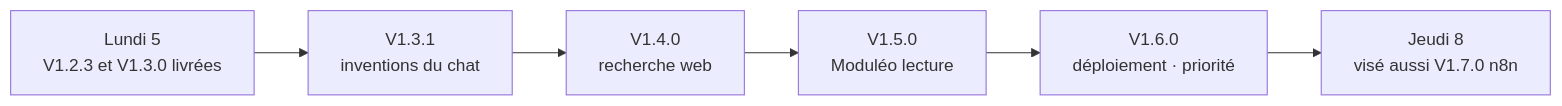
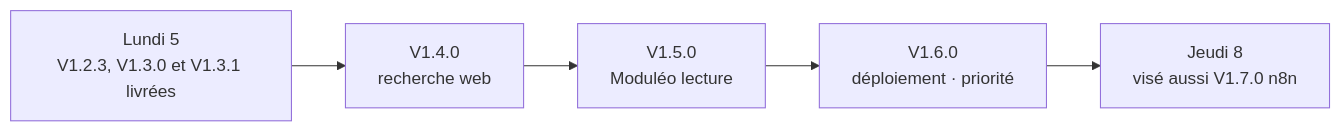
One commit to UlyssouLV/BBASS-Agents-IA changed the second of 2 diagrams in README.md. Above: the diagram before and after it, drawn with Mermaid. The commit also changed other lines of this file and 1 other file, not shown here.

````diff
--- a/README.md
+++ b/README.md
@@ -37,8 +37,7 @@
 ```mermaid
 flowchart LR
-  L05["Lundi 5<br/>V1.2.3 et V1.3.0 livrées"] --> V131["V1.3.1<br/>inventions du chat"]
-  V131 --> V140["V1.4.0<br/>recherche web"]
+  L05["Lundi 5<br/>V1.2.3, V1.3.0 et V1.3.1 livrées"] --> V140["V1.4.0<br/>recherche web"]
   V140 --> V150["V1.5.0<br/>Moduléo lecture"]
   V150 --> V160["V1.6.0<br/>déploiement · priorité"]
   V160 --> V08["Jeudi 8<br/>visé aussi V1.7.0 n8n"]
 ```
````
